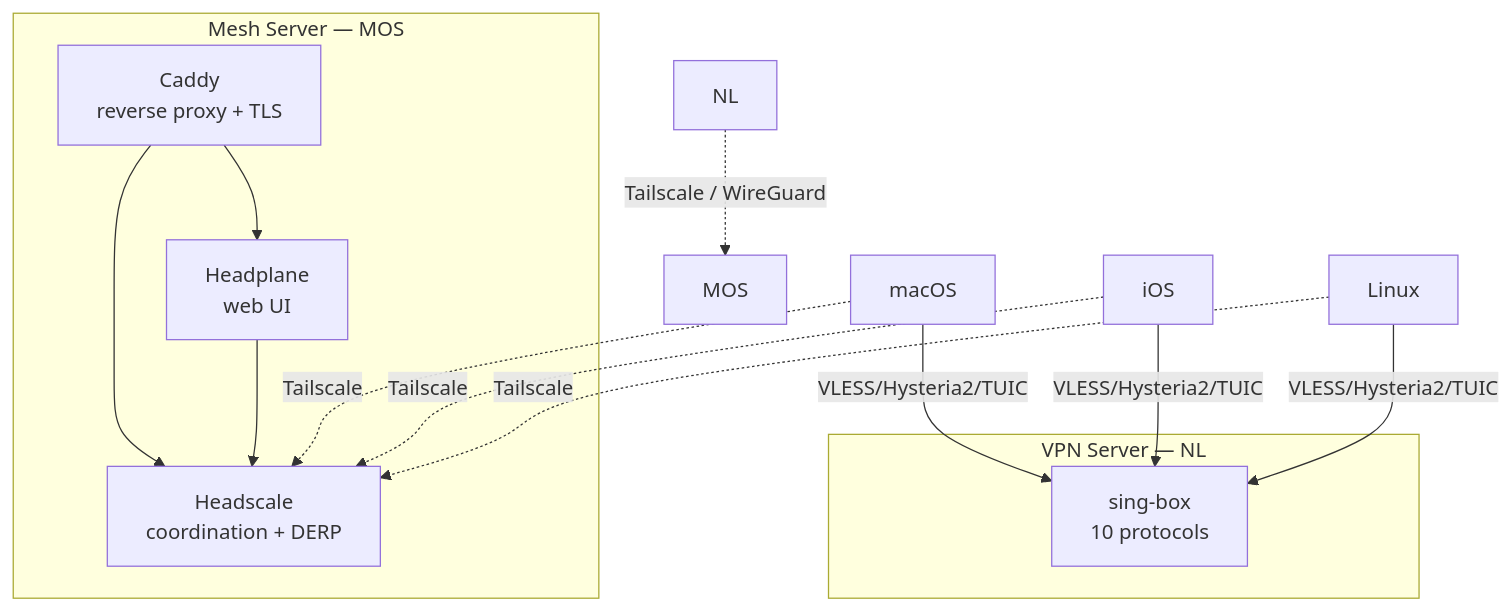
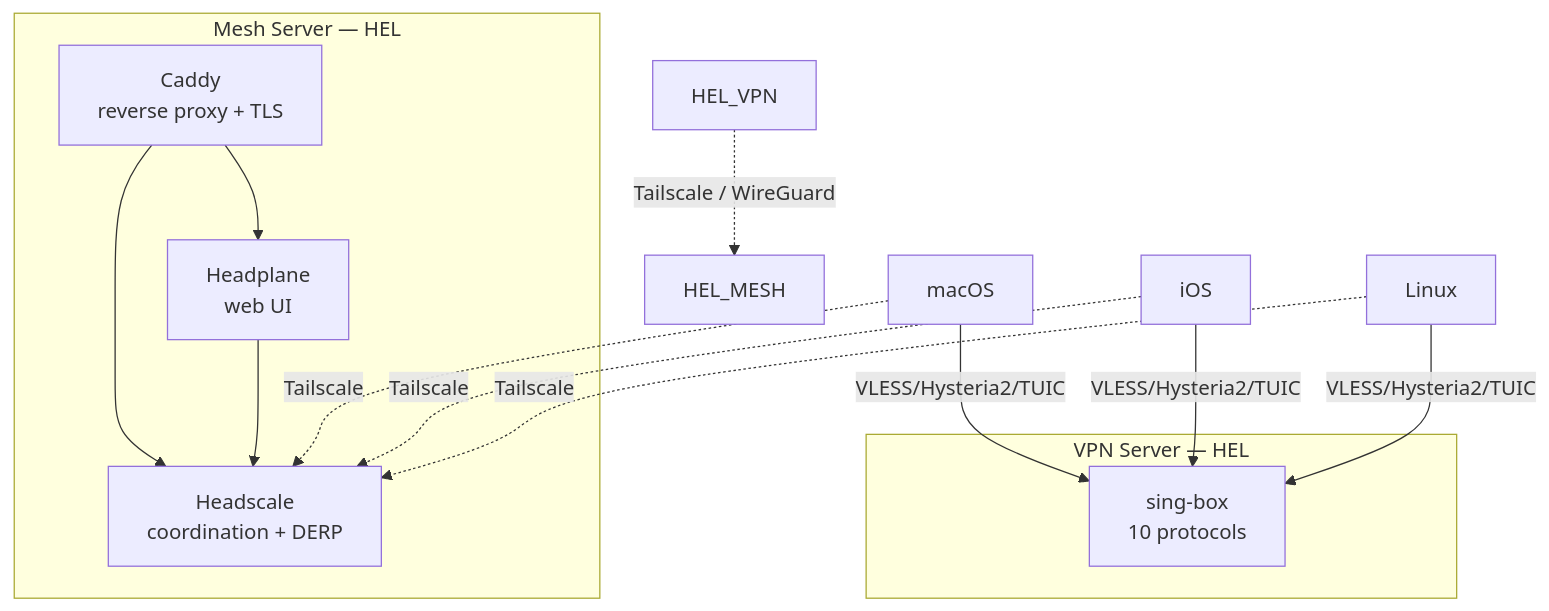
One commit to CosmDandy/lab-private changed the diagram in README.md. Above: the diagram before and after it, drawn with Mermaid. The commit also changed other lines of this file and 5 other files, not shown here.

````diff
--- a/README.md
+++ b/README.md
@@ -7,25 +7,25 @@
 ```mermaid
 graph TB
-    subgraph "VPN Server — NL"
+    subgraph "VPN Server — HEL"
         SB[sing-box<br/>10 protocols]
     end
 
-    subgraph "Mesh Server — MOS"
+    subgraph "Mesh Server — HEL"
         C[Caddy<br/>reverse proxy + TLS]
         HS[Headscale<br/>coordination + DERP]
         HP[Headplane<br/>web UI]
         C --> HS
         C --> HP
         HP --> HS
     end
 
-    NL -.->|Tailscale / WireGuard| MOS
+    HEL_VPN -.->|Tailscale / WireGuard| HEL_MESH
 
     Client1[macOS] -->|VLESS/Hysteria2/TUIC| SB
     Client2[iOS] -->|VLESS/Hysteria2/TUIC| SB
     Client3[Linux] -->|VLESS/Hysteria2/TUIC| SB
 
     Client1 -.->|Tailscale| HS
     Client2 -.->|Tailscale| HS
     Client3 -.->|Tailscale| HS
 ```
````
